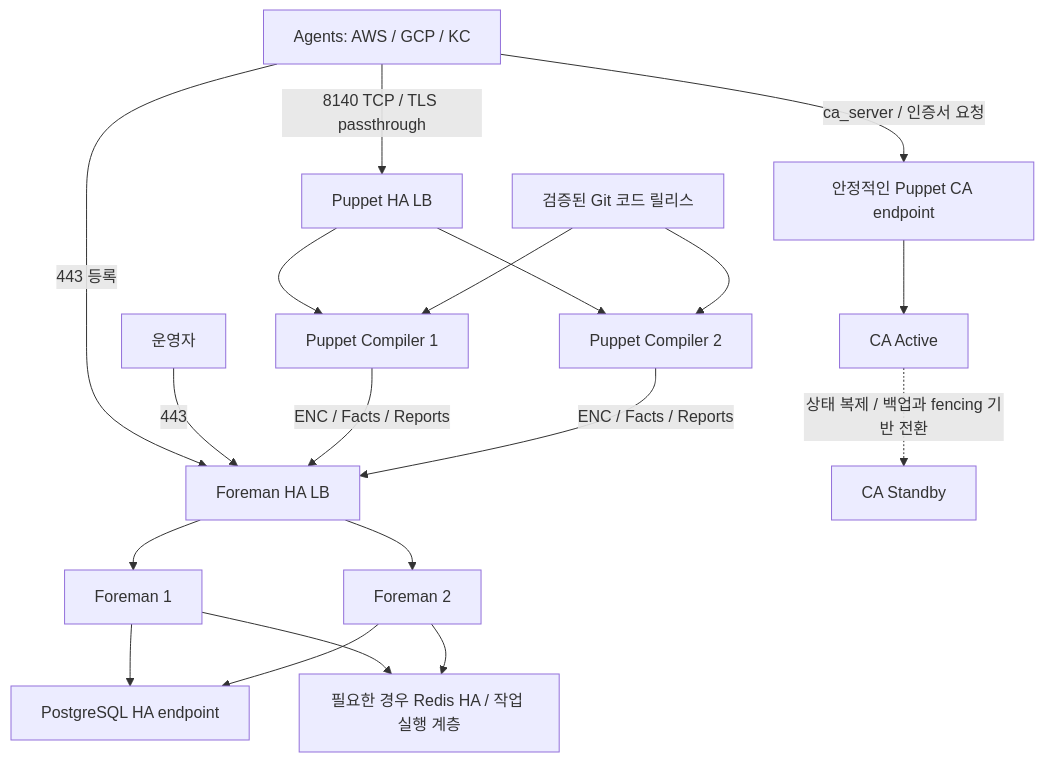
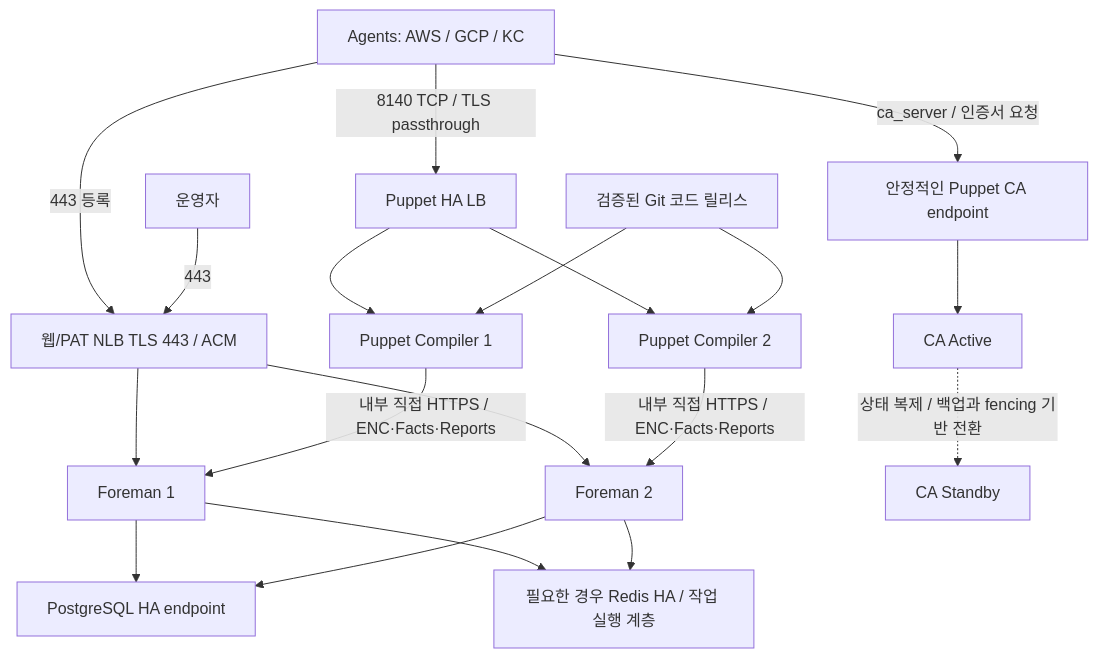
The diagram in foreman-puppet/docs/HA_AND_CERTIFICATES.md (heyoon2j/y2-devops-lab), drawn with Mermaid before and after one commit. The commit also changed other lines of this file and 17 other files, not shown here.

Commit message:
feat(foreman-puppet): use ACM on NLB and separate backend service TLS

````diff
--- a/foreman-puppet/docs/HA_AND_CERTIFICATES.md
+++ b/foreman-puppet/docs/HA_AND_CERTIFICATES.md
@@ -108,21 +108,21 @@
 ```mermaid
 flowchart TB
-    A["Agents: AWS / GCP / KC"] -->|"443 등록"| FLB["Foreman HA LB"]
+    A["Agents: AWS / GCP / KC"] -->|"443 등록"| FLB["웹/PAT NLB TLS 443 / ACM"]
     U["운영자"] -->|"443"| FLB
     FLB --> F1["Foreman 1"]
     FLB --> F2["Foreman 2"]
     F1 --> DB["PostgreSQL HA endpoint"]
     F2 --> DB
     F1 --> R["필요한 경우 Redis HA / 작업 실행 계층"]
     F2 --> R
     A -->|"8140 TCP / TLS passthrough"| PLB["Puppet HA LB"]
     PLB --> P1["Puppet Compiler 1"]
     PLB --> P2["Puppet Compiler 2"]
-    P1 -->|"ENC / Facts / Reports"| FLB
-    P2 -->|"ENC / Facts / Reports"| FLB
+    P1 -->|"내부 직접 HTTPS / ENC·Facts·Reports"| F1
+    P2 -->|"내부 직접 HTTPS / ENC·Facts·Reports"| F2
     A -->|"ca_server / 인증서 요청"| C["안정적인 Puppet CA endpoint"]
     C --> CA1["CA Active"]
     CA1 -.->|"상태 복제 / 백업과 fencing 기반 전환"| CA2["CA Standby"]
     G["검증된 Git 코드 릴리스"] --> P1
     G --> P2
 ```
````
